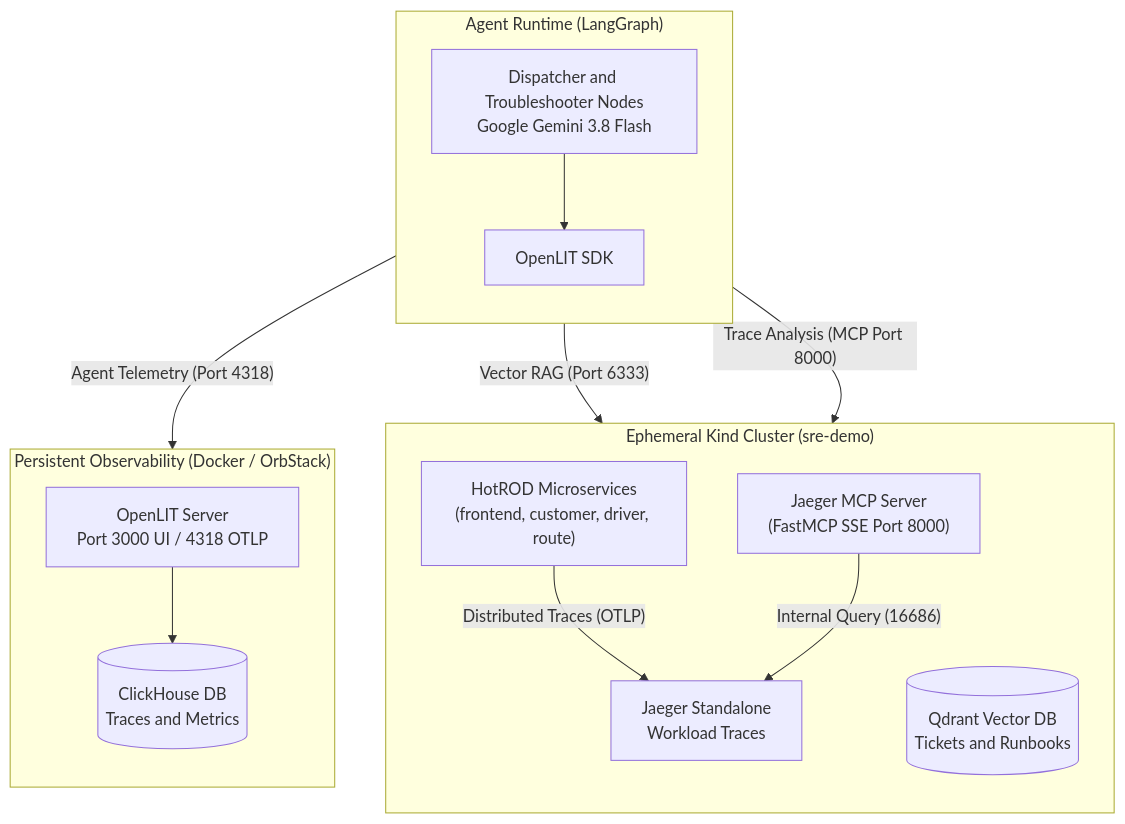
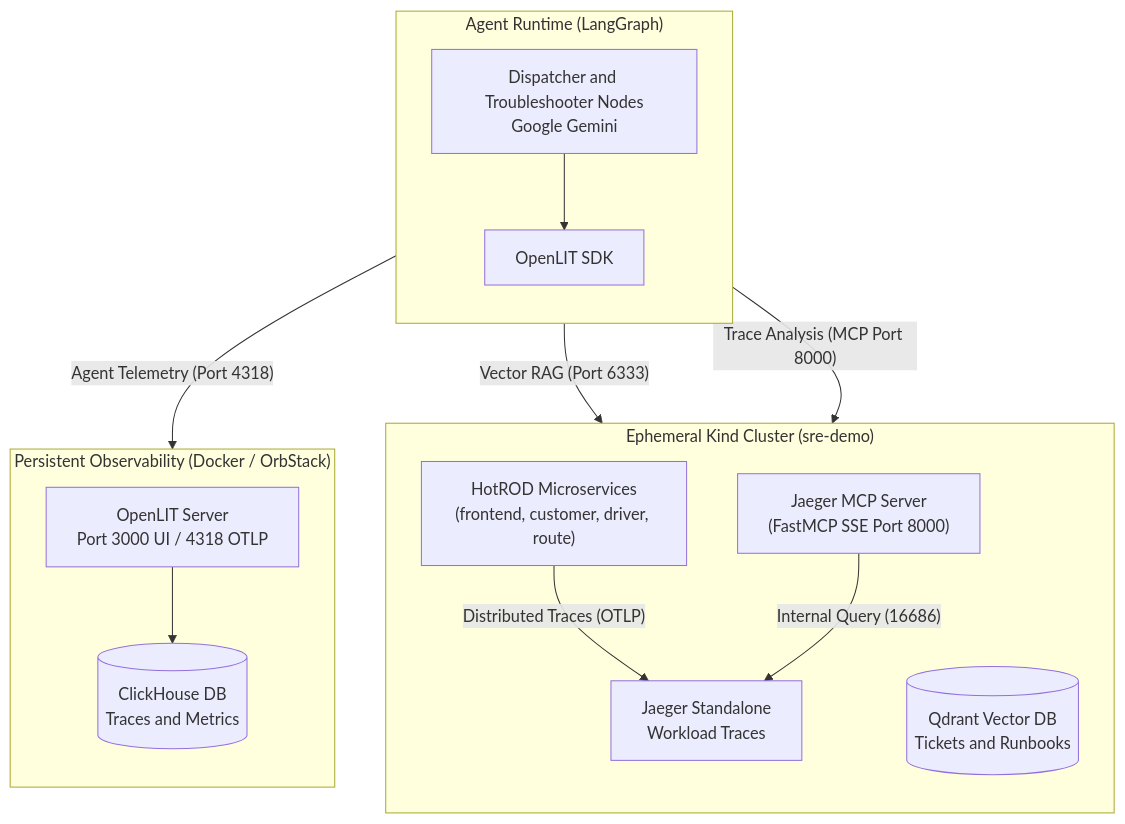
Before and after one commit to hbill75/observe-sre-triage-agent: the diagram in README.md, drawn with Mermaid. The commit also changed other lines of this file and 1 other file, not shown here.

````diff
--- a/README.md
+++ b/README.md
@@ -9,33 +11,34 @@
 ```mermaid
 flowchart TD
     subgraph Ephemeral_Kind ["Ephemeral Kind Cluster (sre-demo)"]
         direction TB
         HR["HotROD Microservices<br>(frontend, customer, driver, route)"]
         JG["Jaeger Standalone<br>Workload Traces"]
         MCP["Jaeger MCP Server<br>(FastMCP SSE Port 8000)"]
         QD[("Qdrant Vector DB<br>Tickets and Runbooks")]
 
         HR -->|"Distributed Traces (OTLP)"| JG
         MCP -->|"Internal Query (16686)"| JG
     end
 
     subgraph Agent_Runtime ["Agent Runtime (LangGraph)"]
         direction TB
-        AG["Dispatcher and Troubleshooter Nodes<br>Google Gemini 3.8 Flash"]
+        AG["Dispatcher and Troubleshooter Nodes<br>Google Gemini"]
         SDK["OpenLIT SDK"]
 
         AG --> SDK
     end
 
     subgraph Persistent_Obs ["Persistent Observability (Docker / OrbStack)"]
         direction TB
         OL["OpenLIT Server<br>Port 3000 UI / 4318 OTLP"]
         CH[("ClickHouse DB<br>Traces and Metrics")]
 
         OL --> CH
     end
 
     AG -->|"Vector RAG (Port 6333)"| QD
     AG -->|"Trace Analysis (MCP Port 8000)"| MCP
     SDK -->|"Agent Telemetry (Port 4318)"| OL
+
 ```
````
